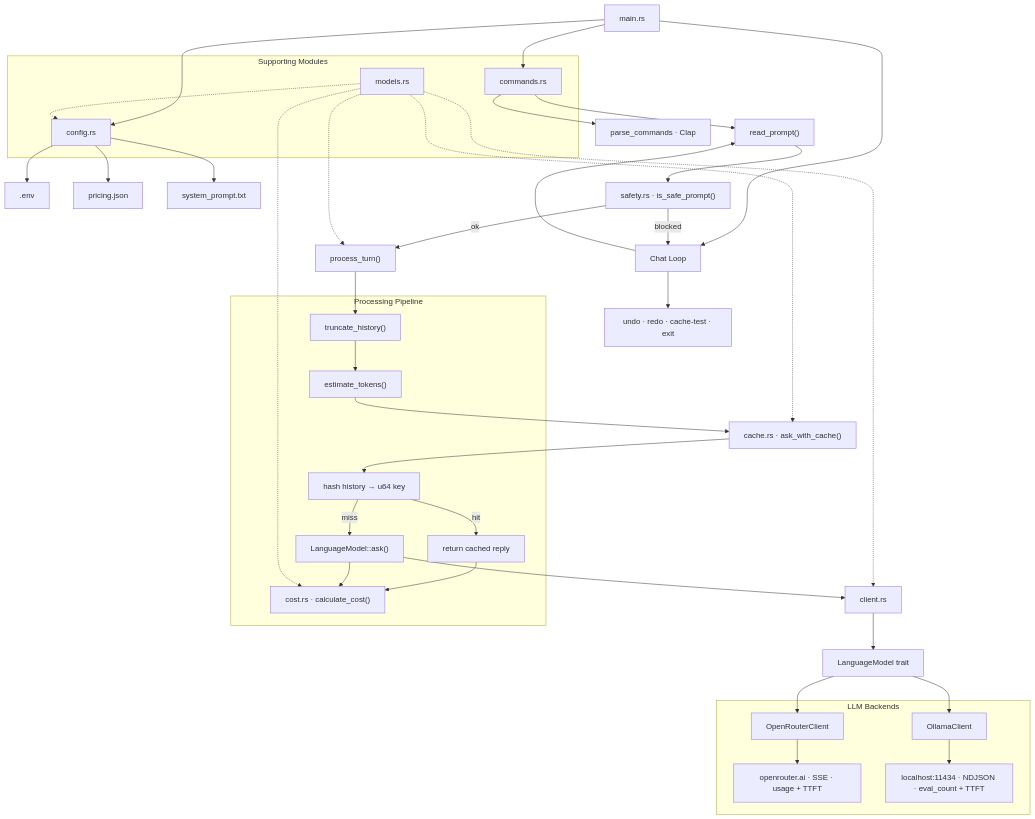
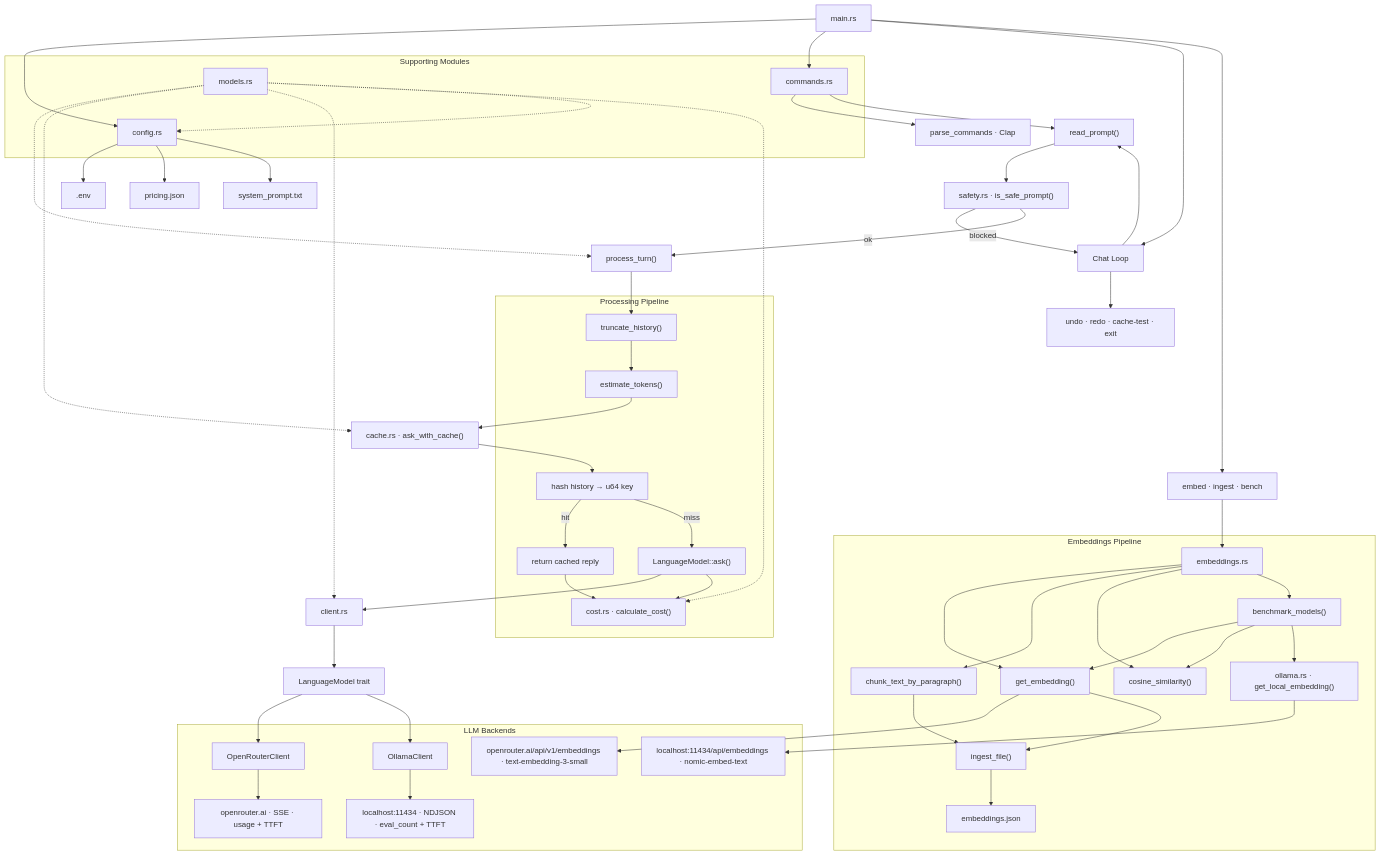
One commit to Felabs1/rust-llm-cli changed the diagram in README.md. Above: the diagram before and after it, drawn with Mermaid. The commit also changed other lines of this file and 7 other files, not shown here.

````diff
--- a/README.md
+++ b/README.md
@@ -9,6 +11,7 @@
     main[main.rs] --> config[config.rs]
     main --> cmdmod[commands.rs]
     main --> chatloop[Chat Loop]
+    main --> embcmds["embed · ingest · bench"]
 
     config --> envfile[".env"]
     config --> pricingfile["pricing.json"]
@@ -16,6 +19,20 @@
 
     cmdmod --> clap["parse_commands · Clap"]
     cmdmod --> readprompt["read_prompt()"]
+
+    embcmds --> embmod["embeddings.rs"]
+    embmod --> getemb["get_embedding()"]
+    embmod --> chunk["chunk_text_by_paragraph()"]
+    embmod --> cosine["cosine_similarity()"]
+    embmod --> benchfn["benchmark_models()"]
+    getemb --> embapi["openrouter.ai/api/v1/embeddings · text-embedding-3-small"]
+    chunk --> ingestfn["ingest_file()"]
+    getemb --> ingestfn
+    ingestfn --> embjson["embeddings.json"]
+    benchfn --> getemb
+    benchfn --> cosine
+    benchfn --> localemb["ollama.rs · get_local_embedding()"]
+    localemb --> ollamaembapi["localhost:11434/api/embeddings · nomic-embed-text"]
 
     chatloop --> readprompt
     chatloop --> specials["undo · redo · cache-test · exit"]
@@ -60,10 +77,23 @@
         costmod
     end
 
+    subgraph embedding [Embeddings Pipeline]
+        embmod
+        getemb
+        chunk
+        ingestfn
+        embjson
+        cosine
+        benchfn
+        localemb
+    end
+
     subgraph backends [LLM Backends]
         or
         ollama
         orapi
         ollamaapi
+        embapi
+        ollamaembapi
     end
 ```
````
